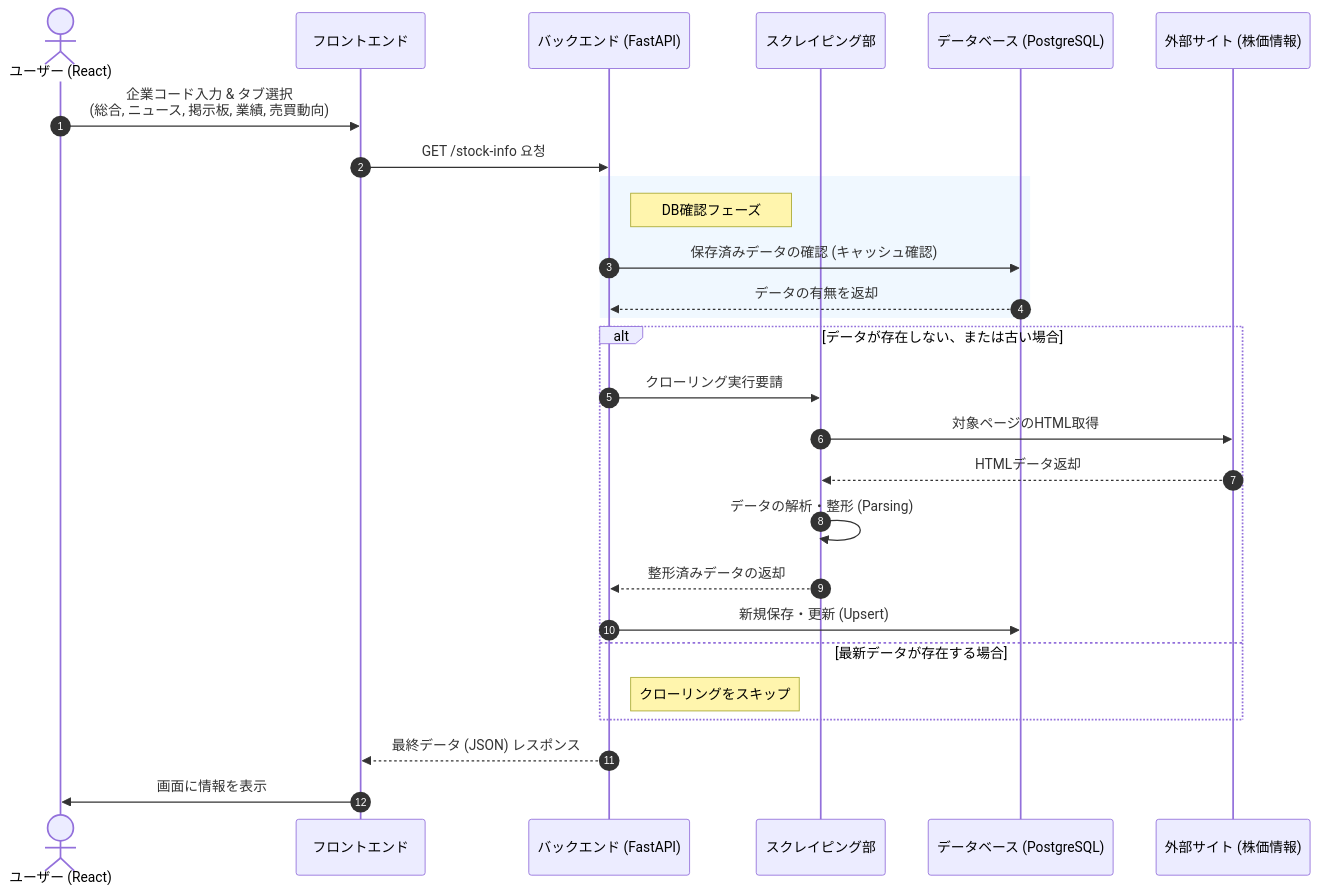
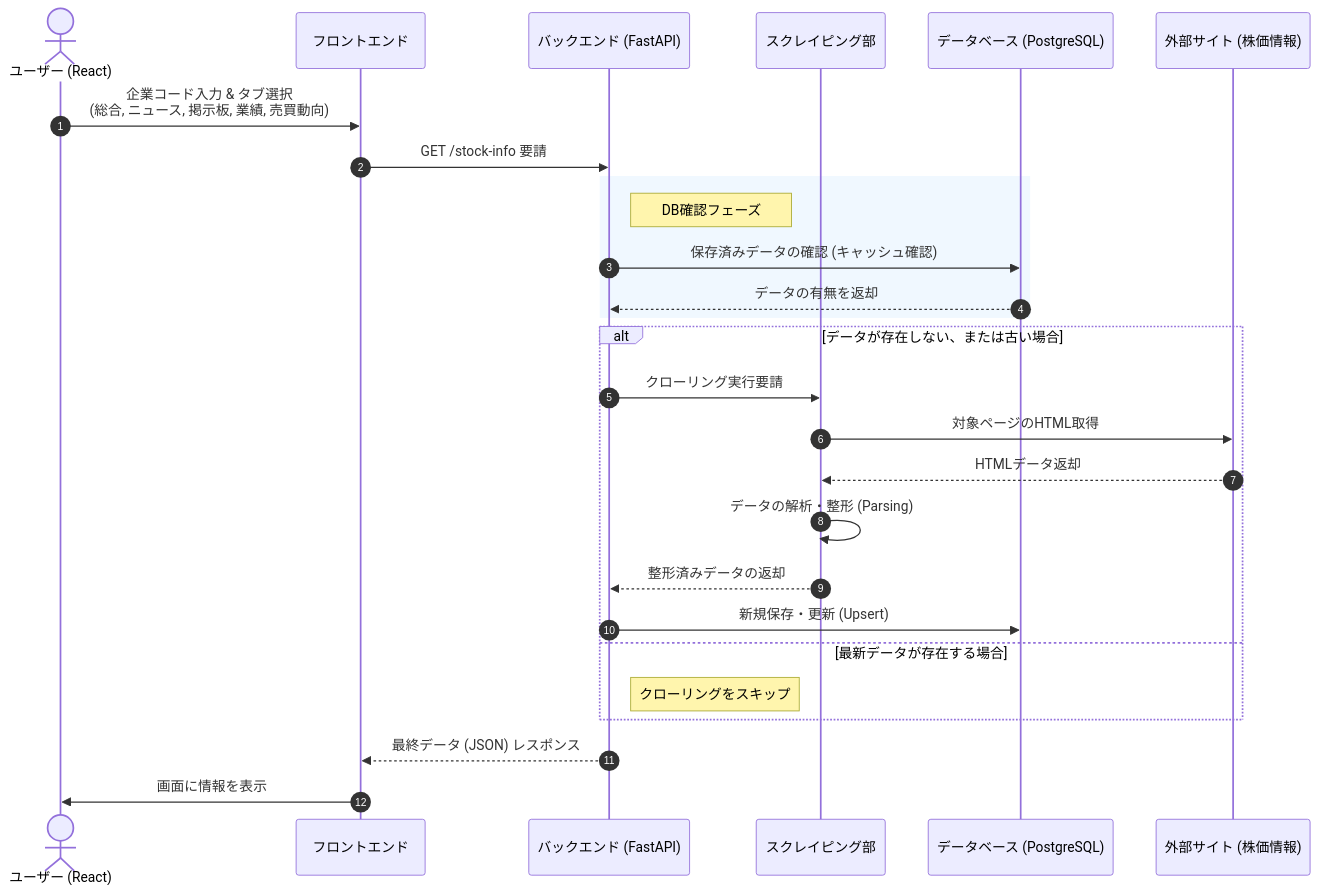
Before and after one commit to wangjh24/pyCrawling: the diagram in README.md, drawn with Mermaid. The commit also changed other lines of this file, not shown here.

````diff
--- a/README.md
+++ b/README.md
@@ -24,33 +24,33 @@
 ```mermaid
  sequenceDiagram
     autonumber
     actor User as ユーザー (React)
     participant Frontend as フロントエンド
     participant Backend as バックエンド (FastAPI)
     participant Scraper as スクレイピング部
     participant DB as データベース (PostgreSQL)
     participant Web as 外部サイト (株価情報)
 
     User->>Frontend: 企業コード入力 & タブ選択<br/>(総合, ニュース, 掲示板, 業績, 売買動向)
-    Frontend->>Backend: GET /stock-info 요청
+    Frontend->>Backend: GET /stock-info 要請
 
     rect rgb(240, 248, 255)
     note right of Backend: DB確認フェーズ
     Backend->>DB: 保存済みデータの確認 (キャッシュ確認)
     DB-->>Backend: データの有無を返却
     end
 
     alt データが存在しない、または古い場合
         Backend->>Scraper: クローリング実行要請
         Scraper->>Web: 対象ページのHTML取得
         Web-->>Scraper: HTMLデータ返却
         Scraper->>Scraper: データの解析・整形 (Parsing)
         Scraper-->>Backend: 整形済みデータの返却
         Backend->>DB: 新規保存・更新 (Upsert)
     else 最新データが存在する場合
         note right of Backend: クローリングをスキップ
     end
 
     Backend-->>Frontend: 最終データ (JSON) レスポンス
     Frontend->>User: 画面に情報を表示
 ```
````
